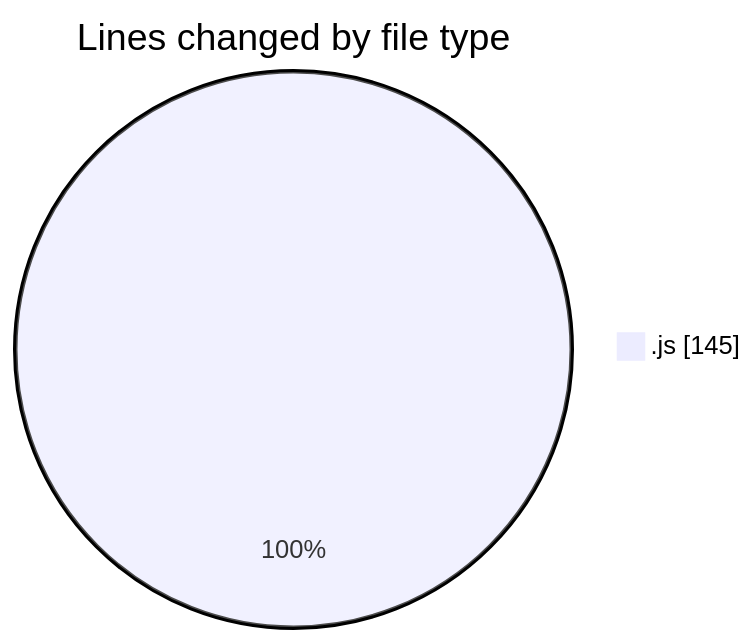
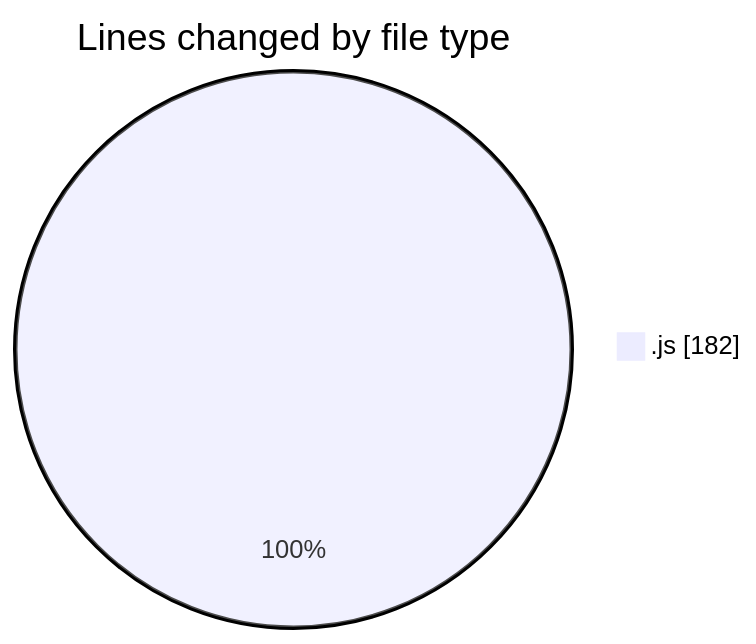
The first of 2 diagrams in 2025-03-23/aufgabe_250321/README.md (BS-eng2023/code-tracking), drawn with Mermaid before and after one commit. The commit also changed other lines of this file and 1 other file, not shown here.

````diff
--- a/2025-03-23/aufgabe_250321/README.md
+++ b/2025-03-23/aufgabe_250321/README.md
@@ -22,5 +23,5 @@
 ```mermaid
 pie showData
 title Lines changed by file type
-".js" : 145
+".js" : 182
 ```
````
